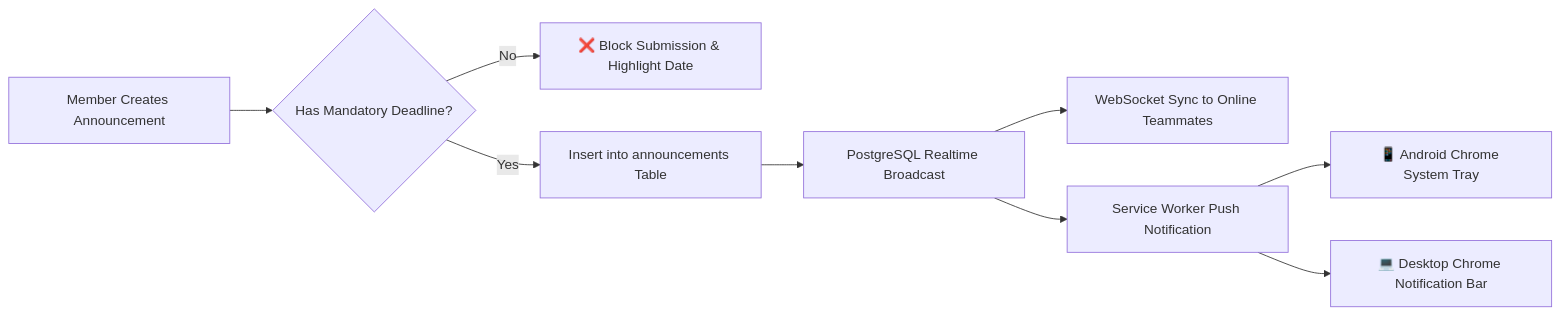
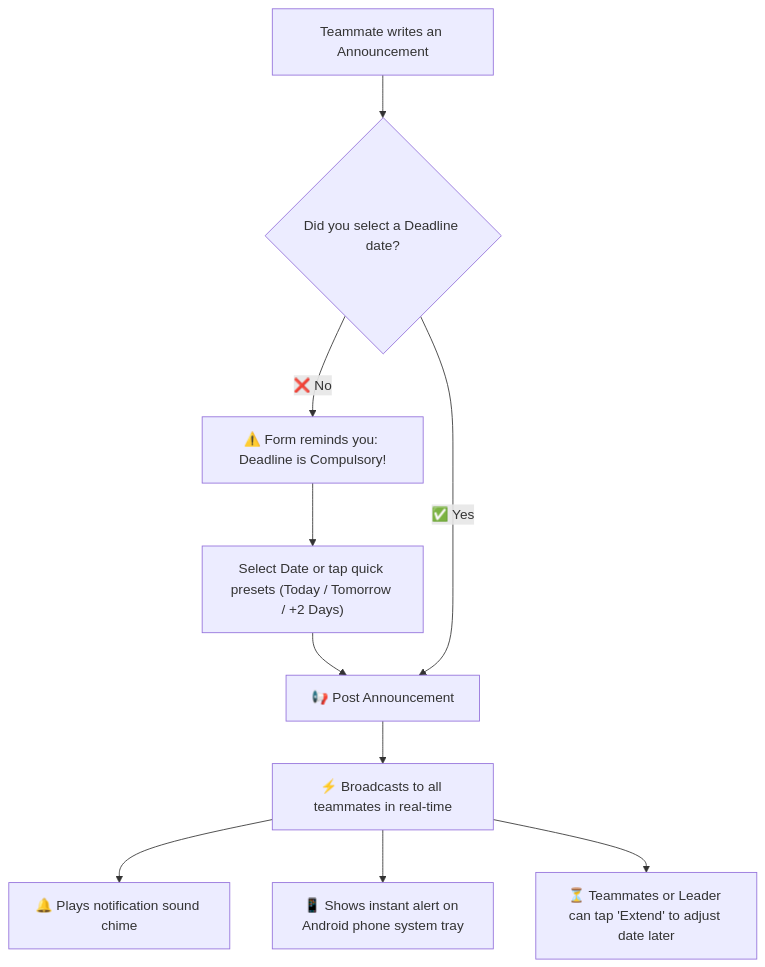
The third of 4 diagrams in README.md (AsutoshMishra-Engineer/Team-Space), drawn with Mermaid before and after one commit. The commit also changed other lines of this file, not shown here.

Commit message:
docs: simplify README with plain-English guides and intuitive flowcharts

````diff
--- a/README.md
+++ b/README.md
@@ -149,11 +126,15 @@
 ```mermaid
-flowchart LR
-    A["Member Creates Announcement"] --> B{"Has Mandatory Deadline?"}
-    B -- No --> C["❌ Block Submission & Highlight Date"]
-    B -- Yes --> D["Insert into announcements Table"]
-    D --> E["PostgreSQL Realtime Broadcast"]
-    E --> F["WebSocket Sync to Online Teammates"]
-    E --> G["Service Worker Push Notification"]
-    G --> H["📱 Android Chrome System Tray"]
-    G --> I["💻 Desktop Chrome Notification Bar"]
+flowchart TD
+    Start["Teammate writes an Announcement"] --> CheckDeadline{"Did you select a Deadline date?"}
+    
+    CheckDeadline -- "❌ No" --> AlertUser["⚠️ Form reminds you: Deadline is Compulsory!"]
+    AlertUser --> PickDate["Select Date or tap quick presets (Today / Tomorrow / +2 Days)"]
+    PickDate --> Submit["📢 Post Announcement"]
+    
+    CheckDeadline -- "✅ Yes" --> Submit
+    
+    Submit --> Broadcast["⚡ Broadcasts to all teammates in real-time"]
+    Broadcast --> Sound["🔔 Plays notification sound chime"]
+    Broadcast --> Mobile["📱 Shows instant alert on Android phone system tray"]
+    Broadcast --> Extend["⏳ Teammates or Leader can tap 'Extend' to adjust date later"]
 ```
````
